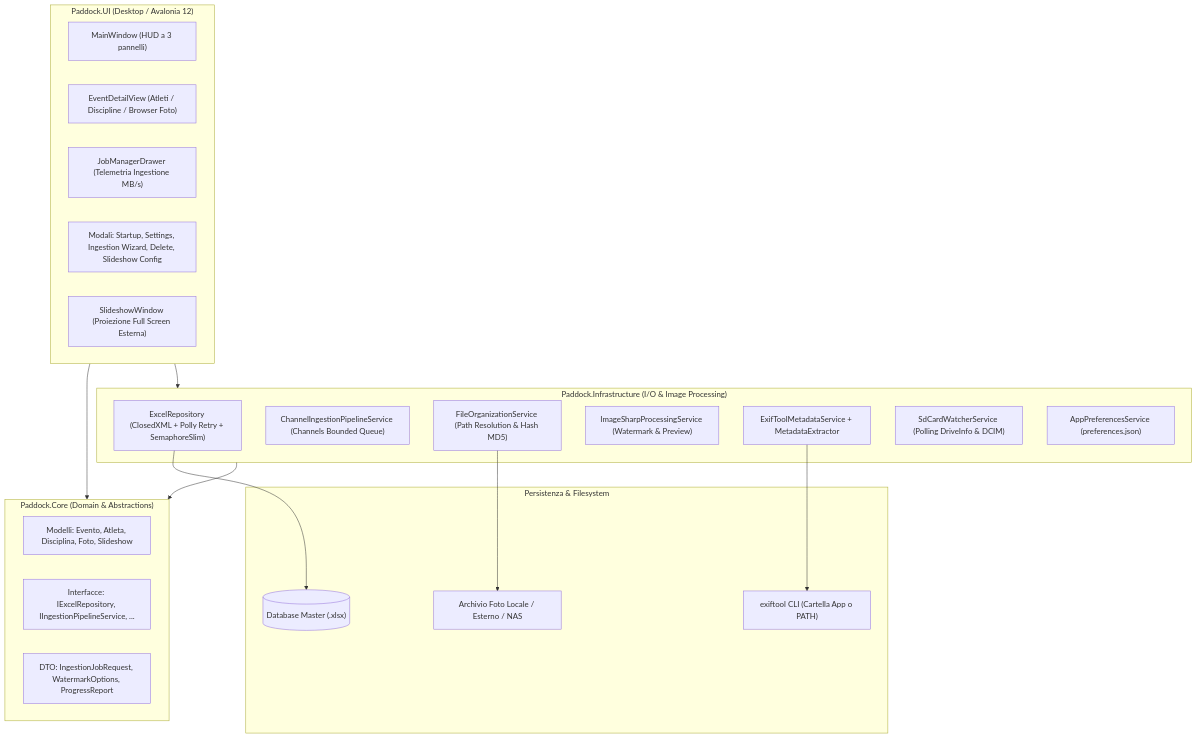
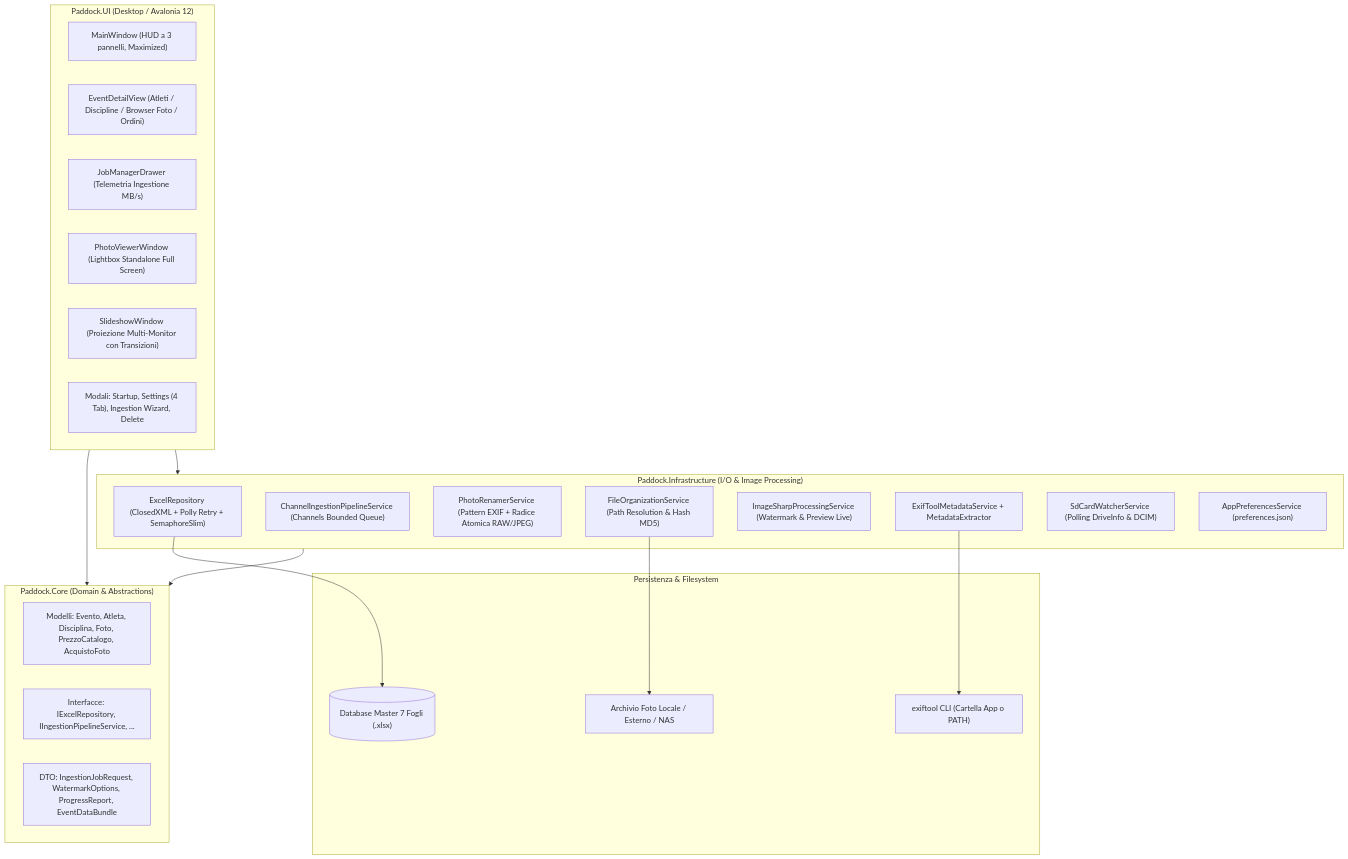
The first of 2 diagrams in README.md (zmalrobot/Paddock), drawn with Mermaid before and after one commit. The commit also changed other lines of this file, not shown here.

Commit message:
docs: allineamento completo del README con tutte le 21 feature implementate, schema Excel a 7 fogli e 77 test

````diff
--- a/README.md
+++ b/README.md
@@ -61,40 +117,42 @@
 ```mermaid
 flowchart TD
     subgraph UI ["Paddock.UI (Desktop / Avalonia 12)"]
-        MainWindow["MainWindow (HUD a 3 pannelli)"]
-        EventDetail["EventDetailView (Atleti / Discipline / Browser Foto)"]
+        MainWindow["MainWindow (HUD a 3 pannelli, Maximized)"]
+        EventDetail["EventDetailView (Atleti / Discipline / Browser Foto / Ordini)"]
         JobDrawer["JobManagerDrawer (Telemetria Ingestione MB/s)"]
-        Modals["Modali: Startup, Settings, Ingestion Wizard, Delete, Slideshow Config"]
-        SlideshowWin["SlideshowWindow (Proiezione Full Screen Esterna)"]
+        PhotoViewer["PhotoViewerWindow (Lightbox Standalone Full Screen)"]
+        SlideshowWin["SlideshowWindow (Proiezione Multi-Monitor con Transizioni)"]
+        Modals["Modali: Startup, Settings (4 Tab), Ingestion Wizard, Delete"]
     end
 
     subgraph Core ["Paddock.Core (Domain & Abstractions)"]
-        Models["Modelli: Evento, Atleta, Disciplina, Foto, Slideshow"]
+        Models["Modelli: Evento, Atleta, Disciplina, Foto, PrezzoCatalogo, AcquistoFoto"]
         Interfaces["Interfacce: IExcelRepository, IIngestionPipelineService, ..."]
-        DTOs["DTO: IngestionJobRequest, WatermarkOptions, ProgressReport"]
+        DTOs["DTO: IngestionJobRequest, WatermarkOptions, ProgressReport, EventDataBundle"]
     end
 
     subgraph Infra ["Paddock.Infrastructure (I/O & Image Processing)"]
         ExcelRepo["ExcelRepository (ClosedXML + Polly Retry + SemaphoreSlim)"]
         ChannelPipe["ChannelIngestionPipelineService (Channels Bounded Queue)"]
+        PhotoRenamer["PhotoRenamerService (Pattern EXIF + Radice Atomica RAW/JPEG)"]
         FileOrg["FileOrganizationService (Path Resolution & Hash MD5)"]
-        ImgSharp["ImageSharpProcessingService (Watermark & Preview)"]
+        ImgSharp["ImageSharpProcessingService (Watermark & Preview Live)"]
         MetaService["ExifToolMetadataService + MetadataExtractor"]
         SdWatcher["SdCardWatcherService (Polling DriveInfo & DCIM)"]
         Prefs["AppPreferencesService (preferences.json)"]
     end
 
     UI --> Core
     UI --> Infra
     Infra --> Core
 
     subgraph Storage ["Persistenza & Filesystem"]
-        ExcelFile[("Database Master (.xlsx)")]
+        ExcelFile[("Database Master 7 Fogli (.xlsx)")]
         PhotoStorage["Archivio Foto Locale / Esterno / NAS"]
         ExifToolBin["exiftool CLI (Cartella App o PATH)"]
     end
 
     ExcelRepo --> ExcelFile
     FileOrg --> PhotoStorage
     MetaService --> ExifToolBin
 ```
````
